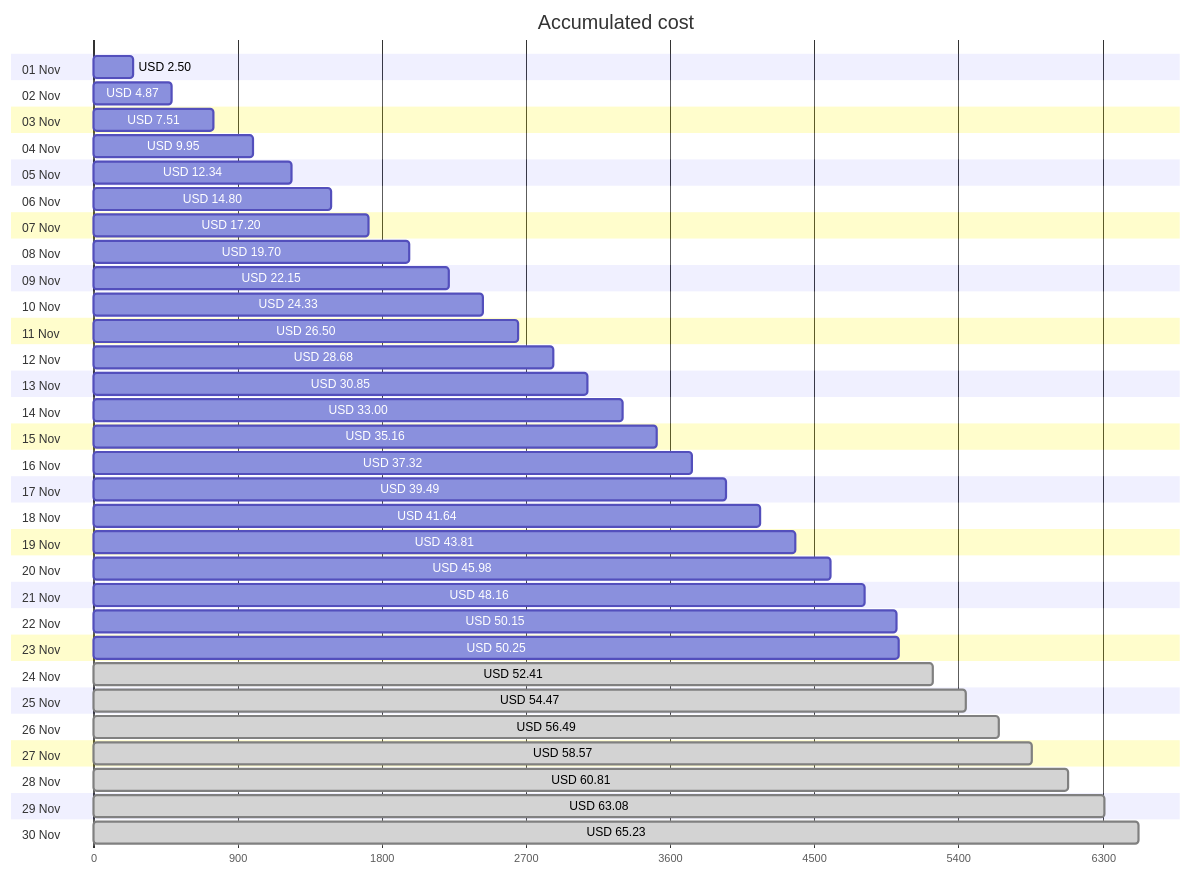
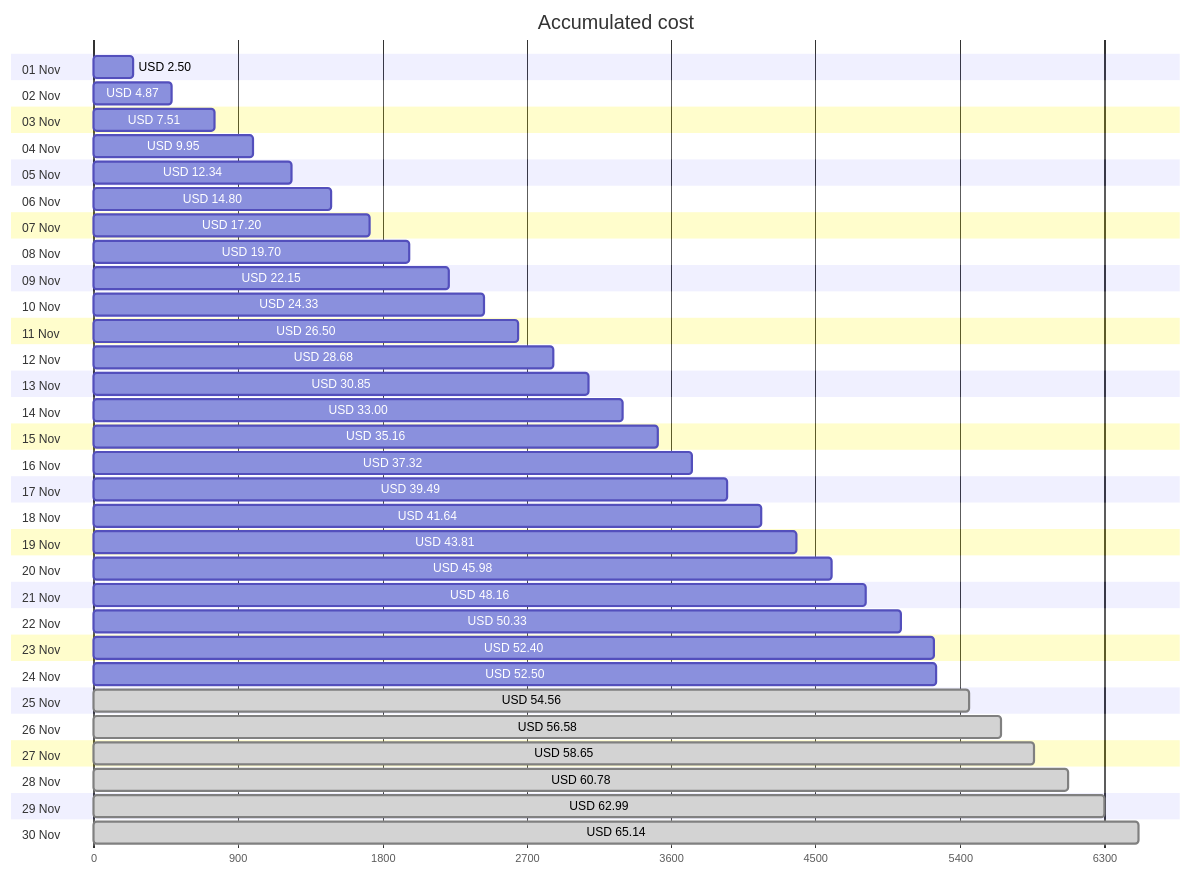
One commit to jpfulton/azure-personal-reports changed the first of 4 diagrams in cost-reports/accumulated-cost.md. Above: the diagram before and after it, drawn with Mermaid. The commit also changed other lines of this file and 4 other files, not shown here.

````diff
--- a/cost-reports/accumulated-cost.md
+++ b/cost-reports/accumulated-cost.md
@@ -20,66 +20,66 @@
 ```mermaid
 gantt
    title Accumulated cost
    dateFormat  X
    axisFormat %s
    section 01 Nov
    USD 2.50 :0, 250
    section 02 Nov
    USD 4.87 :0, 487
    section 03 Nov
    USD 7.51 :0, 751
    section 04 Nov
    USD 9.95 :0, 995
    section 05 Nov
    USD 12.34 :0, 1234
    section 06 Nov
    USD 14.80 :0, 1480
    section 07 Nov
    USD 17.20 :0, 1720
    section 08 Nov
    USD 19.70 :0, 1970
    section 09 Nov
    USD 22.15 :0, 2215
    section 10 Nov
    USD 24.33 :0, 2433
    section 11 Nov
    USD 26.50 :0, 2650
    section 12 Nov
    USD 28.68 :0, 2868
    section 13 Nov
    USD 30.85 :0, 3085
    section 14 Nov
    USD 33.00 :0, 3300
    section 15 Nov
    USD 35.16 :0, 3516
    section 16 Nov
    USD 37.32 :0, 3732
    section 17 Nov
    USD 39.49 :0, 3949
    section 18 Nov
    USD 41.64 :0, 4164
    section 19 Nov
    USD 43.81 :0, 4381
    section 20 Nov
    USD 45.98 :0, 4598
    section 21 Nov
    USD 48.16 :0, 4816
    section 22 Nov
-   USD 50.15 :0, 5015
+   USD 50.33 :0, 5033
    section 23 Nov
-   USD 50.25 :0, 5025
+   USD 52.40 :0, 5240
    section 24 Nov
-   USD 52.41 : done, 0, 5241
+   USD 52.50 :0, 5250
    section 25 Nov
-   USD 54.47 : done, 0, 5447
+   USD 54.56 : done, 0, 5456
    section 26 Nov
-   USD 56.49 : done, 0, 5649
+   USD 56.58 : done, 0, 5658
    section 27 Nov
-   USD 58.57 : done, 0, 5857
+   USD 58.65 : done, 0, 5865
    section 28 Nov
-   USD 60.81 : done, 0, 6081
+   USD 60.78 : done, 0, 6078
    section 29 Nov
-   USD 63.08 : done, 0, 6308
+   USD 62.99 : done, 0, 6299
    section 30 Nov
-   USD 65.23 : done, 0, 6523
+   USD 65.14 : done, 0, 6514
 ```
````
